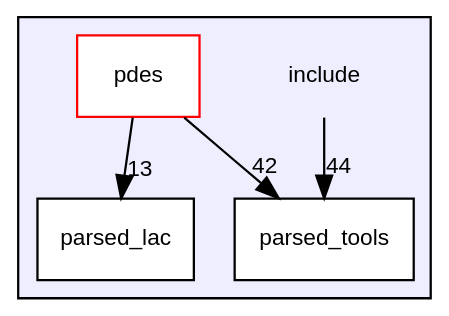
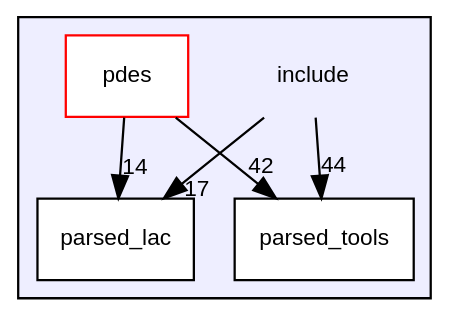
The diagram in dir_d44c64559bbebec7f509842c48db8b23_dep.dot (luca-heltai/fsi-suite), drawn with Graphviz before and after one commit. The commit also changed 691 other files, not shown here.

```diff
--- a/dir_d44c64559bbebec7f509842c48db8b23_dep.dot
+++ b/dir_d44c64559bbebec7f509842c48db8b23_dep.dot
@@ -1,16 +1,17 @@
 digraph "include" {
   bgcolor=transparent;
   compound=true
   node [ fontsize="10", fontname="Helvetica"];
   edge [ labelfontsize="10", labelfontname="Helvetica"];
   subgraph clusterdir_d44c64559bbebec7f509842c48db8b23 {
     graph [ bgcolor="#eeeeff", pencolor="black", label="" URL="dir_d44c64559bbebec7f509842c48db8b23.html"];
     dir_d44c64559bbebec7f509842c48db8b23 [shape=plaintext label="include"];
     dir_65593bf93f1e4428cc81baf4bb94349f [shape=box label="parsed_lac" color="black" fillcolor="white" style="filled" URL="dir_65593bf93f1e4428cc81baf4bb94349f.html"];
     dir_8e8448d9aef603b86753e7cb911804a9 [shape=box label="parsed_tools" color="black" fillcolor="white" style="filled" URL="dir_8e8448d9aef603b86753e7cb911804a9.html"];
     dir_60faf9a10d52b04582224b9116454383 [shape=box label="pdes" color="red" fillcolor="white" style="filled" URL="dir_60faf9a10d52b04582224b9116454383.html"];
   }
   dir_60faf9a10d52b04582224b9116454383->dir_8e8448d9aef603b86753e7cb911804a9 [headlabel="42", labeldistance=1.5 headhref="dir_000005_000004.html"];
-  dir_60faf9a10d52b04582224b9116454383->dir_65593bf93f1e4428cc81baf4bb94349f [headlabel="13", labeldistance=1.5 headhref="dir_000005_000003.html"];
+  dir_60faf9a10d52b04582224b9116454383->dir_65593bf93f1e4428cc81baf4bb94349f [headlabel="14", labeldistance=1.5 headhref="dir_000005_000003.html"];
   dir_d44c64559bbebec7f509842c48db8b23->dir_8e8448d9aef603b86753e7cb911804a9 [headlabel="44", labeldistance=1.5 headhref="dir_000002_000004.html"];
+  dir_d44c64559bbebec7f509842c48db8b23->dir_65593bf93f1e4428cc81baf4bb94349f [headlabel="17", labeldistance=1.5 headhref="dir_000002_000003.html"];
 }
```
